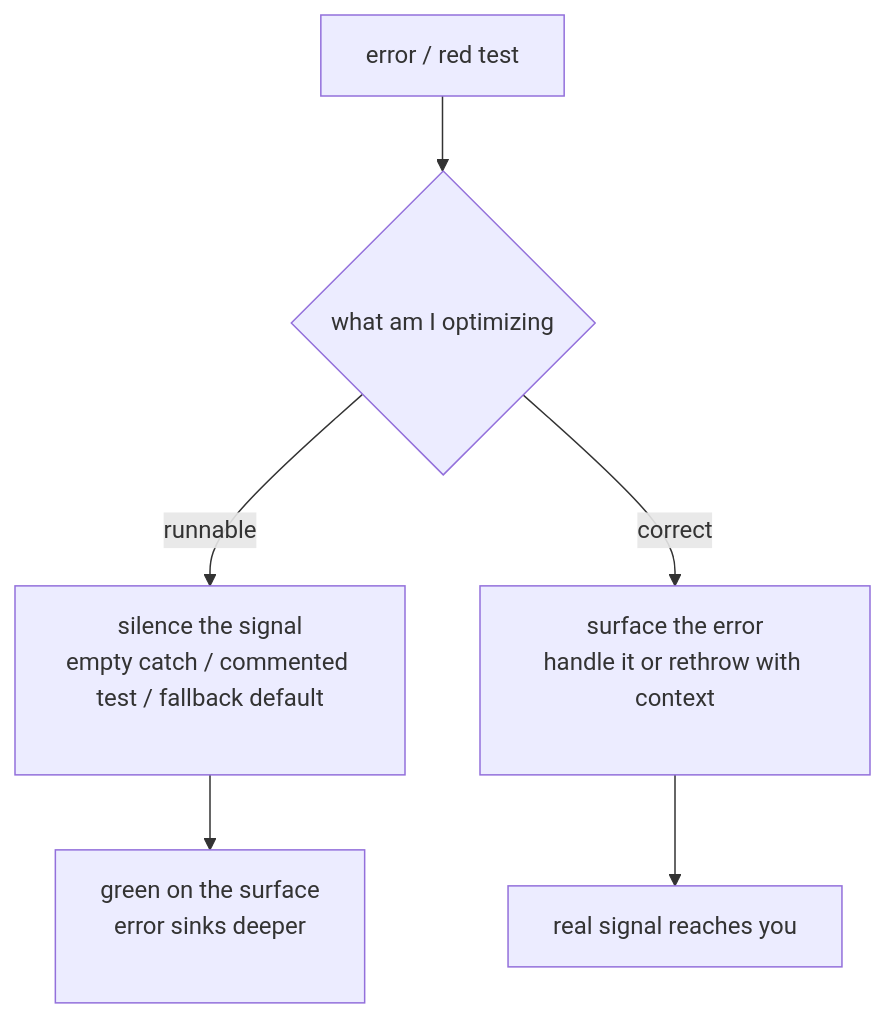
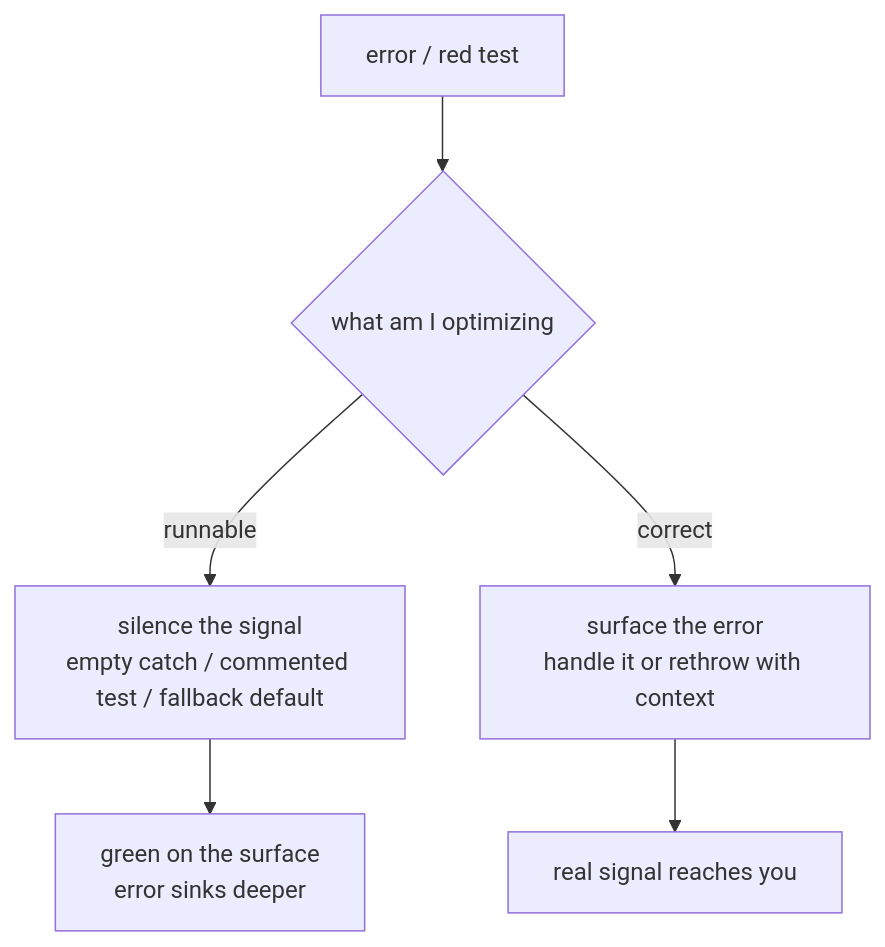
Before and after one commit to XuebinMa/AIWiki: the diagram in i18n/en/docusaurus-plugin-content-docs/current/05-implementation/swallowing-errors.mdx, drawn with Mermaid. The commit also changed 99 other files, not shown here.

First line of the commit message:
fix(mermaid): 全局根治节点文字裁切（htmlLabels:false + 清理 br/nbsp 占位）(#26)

````diff
--- a/i18n/en/docusaurus-plugin-content-docs/current/05-implementation/swallowing-errors.mdx
+++ b/i18n/en/docusaurus-plugin-content-docs/current/05-implementation/swallowing-errors.mdx
@@ -47,8 +47,8 @@
 ```mermaid
 flowchart TD
     A["error / red test"] --> B{"what am I optimizing"}
-    B -- runnable --> C["silence the signal<br/>empty catch / commented test / fallback default<br/>&nbsp;"]
-    C --> D["green on the surface<br/>error sinks deeper<br/>&nbsp;"]
-    B -- correct --> E["surface the error<br/>handle it or rethrow with context<br/>&nbsp;"]
+    B -- runnable --> C["silence the signal<br/>empty catch / commented test / fallback default"]
+    C --> D["green on the surface<br/>error sinks deeper"]
+    B -- correct --> E["surface the error<br/>handle it or rethrow with context"]
     E --> F["real signal reaches you"]
 ```
````
